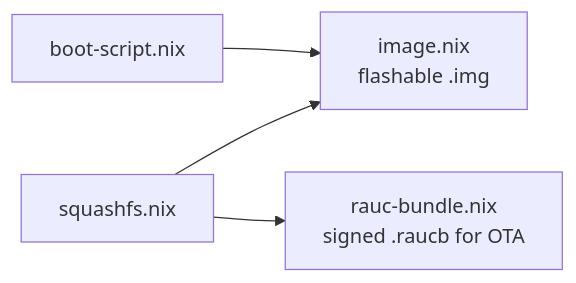
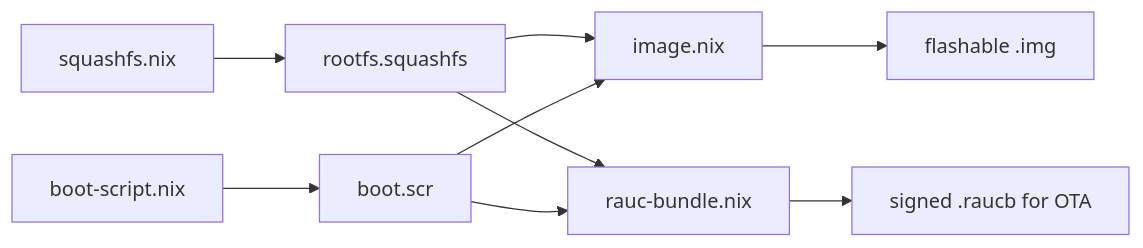
The diagram in docs/src/code-reference/derivations.md (RobertDeRose/atomixos), drawn with Mermaid before and after one commit. The commit also changed 32 other files, not shown here.

````diff
--- a/docs/src/code-reference/derivations.md
+++ b/docs/src/code-reference/derivations.md
@@ -8,6 +8,13 @@
 ```mermaid
 flowchart LR
-    BOOTSCRIPT["boot-script.nix"] --> IMAGE["image.nix<br/>flashable .img"]
-    SQUASHFS["squashfs.nix"] --> IMAGE
-    SQUASHFS --> RAUCBUNDLE["rauc-bundle.nix<br/>signed .raucb for OTA"]
+    SQUASHFS["squashfs.nix"] --> ROOTFS["rootfs.squashfs"]
+    BOOTSCRIPT["boot-script.nix"] --> BOOTSCR["boot.scr"]
+
+    ROOTFS --> IMAGE["image.nix"]
+    BOOTSCR --> IMAGE
+    IMAGE --> IMGOUT["flashable .img"]
+
+    ROOTFS --> RAUCBUNDLE["rauc-bundle.nix"]
+    BOOTSCR --> RAUCBUNDLE
+    RAUCBUNDLE --> BUNDLEOUT["signed .raucb for OTA"]
 ```
````
